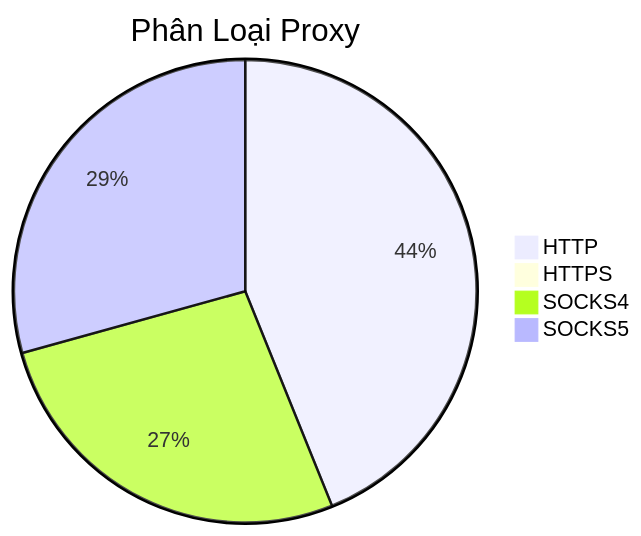
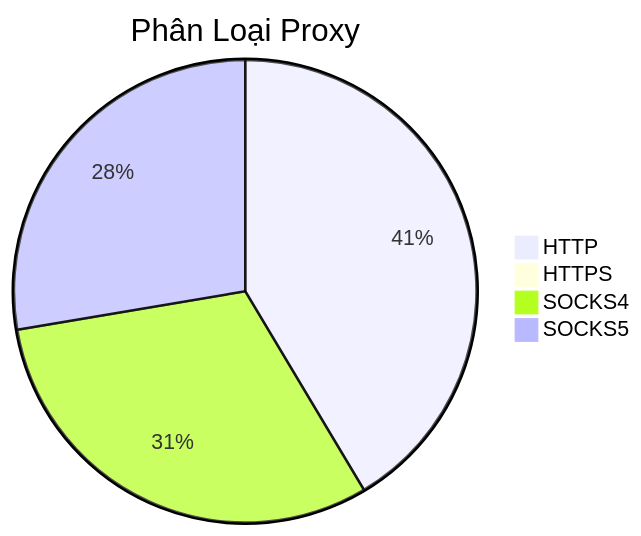
The diagram in README.md (Ciara-12/PROXY-free), drawn with Mermaid before and after one commit. The commit also changed other lines of this file and 4 other files, not shown here.

````diff
--- a/README.md
+++ b/README.md
@@ -26,7 +26,7 @@
 ```mermaid
 pie title Phân Loại Proxy
-    "HTTP" : 689
-    "HTTPS" : 3
-    "SOCKS4" : 421
-    "SOCKS5" : 460
+    "HTTP" : 587
+    "HTTPS" : 2
+    "SOCKS4" : 438
+    "SOCKS5" : 392
 ```
````
